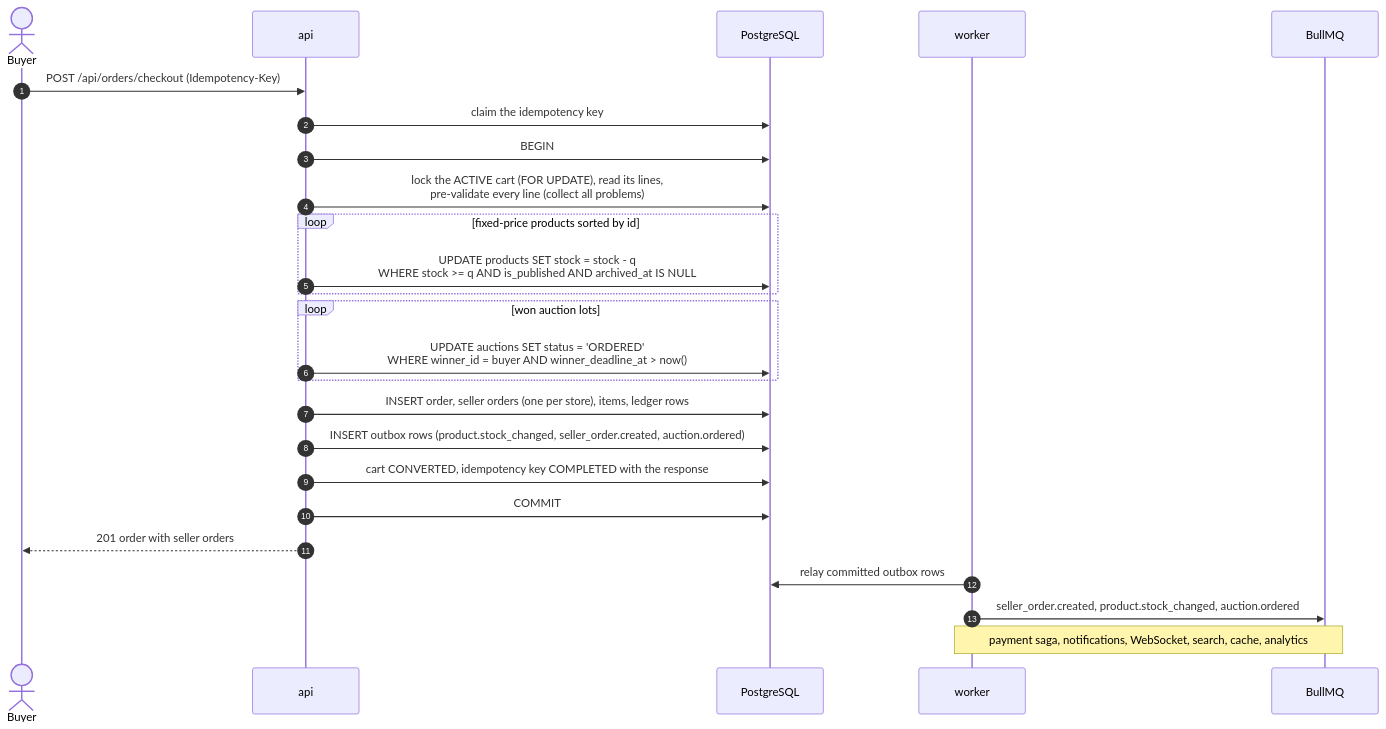
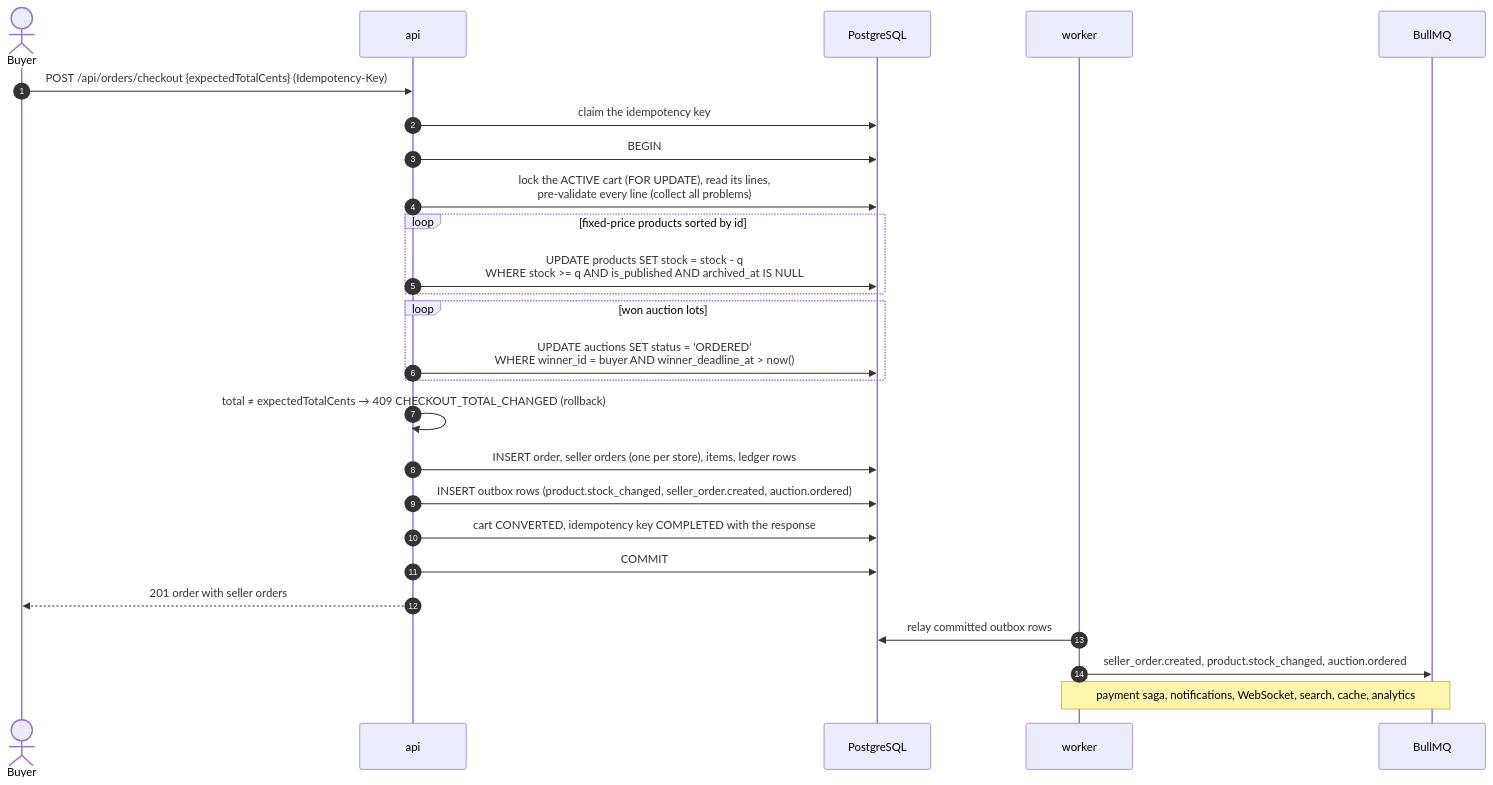
One commit to JuFios/multi-vendor-marketplace changed the second of 4 diagrams in README.md. Above: the diagram before and after it, drawn with Mermaid. The commit also changed other lines of this file, not shown here.

````diff
--- a/README.md
+++ b/README.md
@@ -115,27 +115,28 @@
 ```mermaid
 sequenceDiagram
     autonumber
     actor Buyer
     participant API as api
     participant DB as PostgreSQL
     participant W as worker
     participant Q as BullMQ
-    Buyer->>API: POST /api/orders/checkout (Idempotency-Key)
+    Buyer->>API: POST /api/orders/checkout {expectedTotalCents} (Idempotency-Key)
     API->>DB: claim the idempotency key
     API->>DB: BEGIN
     API->>DB: lock the ACTIVE cart (FOR UPDATE), read its lines,<br/>pre-validate every line (collect all problems)
     loop fixed-price products sorted by id
         API->>DB: UPDATE products SET stock = stock - q<br/>WHERE stock >= q AND is_published AND archived_at IS NULL
     end
     loop won auction lots
         API->>DB: UPDATE auctions SET status = 'ORDERED'<br/>WHERE winner_id = buyer AND winner_deadline_at > now()
     end
+    API->>API: total ≠ expectedTotalCents → 409 CHECKOUT_TOTAL_CHANGED (rollback)
     API->>DB: INSERT order, seller orders (one per store), items, ledger rows
     API->>DB: INSERT outbox rows (product.stock_changed, seller_order.created, auction.ordered)
     API->>DB: cart CONVERTED, idempotency key COMPLETED with the response
     API->>DB: COMMIT
     API-->>Buyer: 201 order with seller orders
     W->>DB: relay committed outbox rows
     W->>Q: seller_order.created, product.stock_changed, auction.ordered
     Note over Q,W: payment saga, notifications, WebSocket, search, cache, analytics
 ```
````
